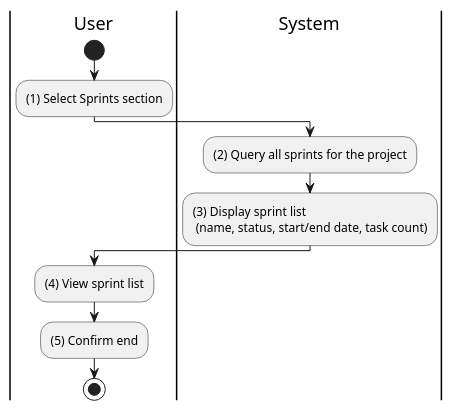
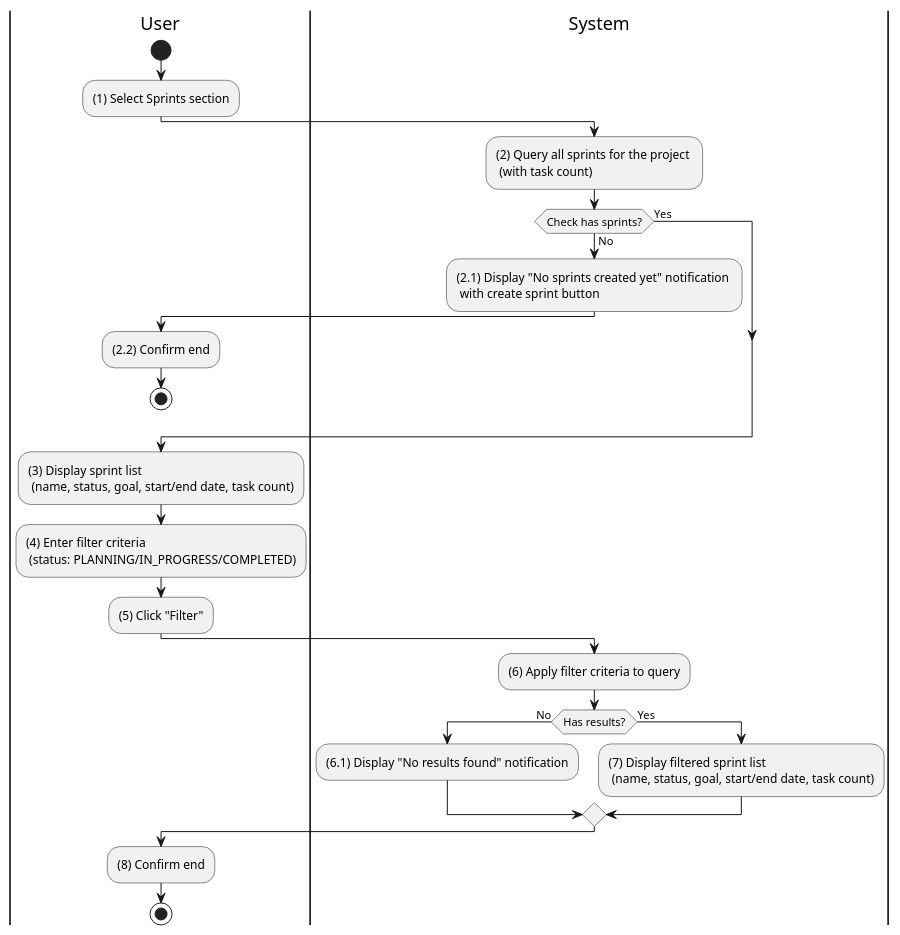
The diagram in docs/docs/activity/sprint-management/view-sprint-list.md (taskpilot-platform/taskpilot-platform.github.io), drawn with PlantUML before and after one commit. The commit also changed 10 other files, not shown here.

First line of the commit message:
expand activity diagrams: add empty-state checks and filter flows

````diff
--- a/docs/docs/activity/sprint-management/view-sprint-list.md
+++ b/docs/docs/activity/sprint-management/view-sprint-list.md
@@ -3,20 +3,43 @@
 ```plantuml
 @startuml
 |U|User
 |S|System
 
 |U|
 start
 :(1) Select Sprints section;
 
 |S|
-:(2) Query all sprints for the project;
-:(3) Display sprint list \n (name, status, start/end date, task count);
+:(2) Query all sprints for the project \n (with task count);
+
+if (Check has sprints?) then (No)
+  :(2.1) Display "No sprints created yet" notification \n with create sprint button;
+  |U|
+  :(2.2) Confirm end;
+  stop
+else (Yes)
+endif
+
+:(3) Display sprint list \n (name, status, goal, start/end date, task count);
 
 |U|
-:(4) View sprint list;
-:(5) Confirm end;
+:(4) Enter filter criteria \n (status: PLANNING/IN_PROGRESS/COMPLETED);
+:(5) Click "Filter";
+
+|S|
+:(6) Apply filter criteria to query;
+
+if (Has results?) then (No)
+  :(6.1) Display "No results found" notification;
+  |U|
+else (Yes)
+  |S|
+  :(7) Display filtered sprint list \n (name, status, goal, start/end date, task count);
+  |U|
+endif
+
+:(8) Confirm end;
 
 stop
 @enduml
 ```
````
